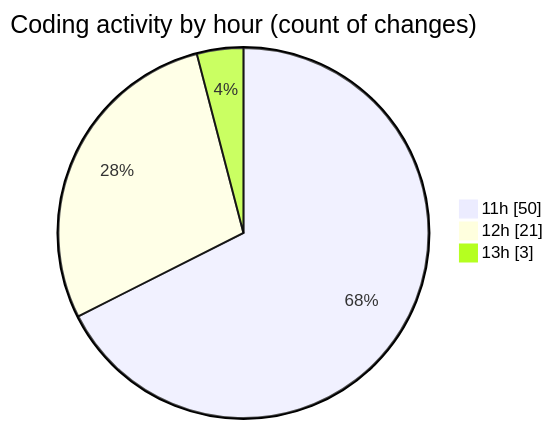
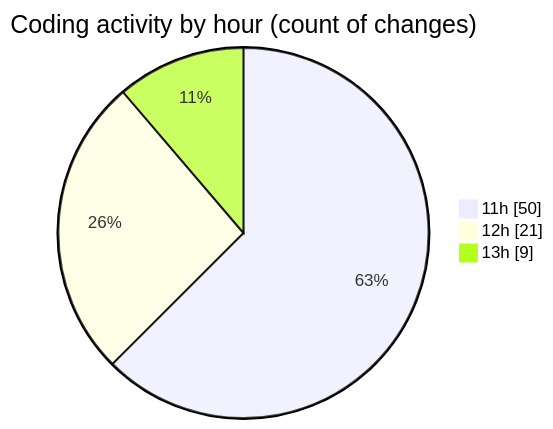
The second of 2 diagrams in 2026-02-06/singularitybrainai/README.md (tmsrecording-cyber/code-tracking), drawn with Mermaid before and after one commit. The commit also changed other lines of this file and 1 other file, not shown here.

````diff
--- a/2026-02-06/singularitybrainai/README.md
+++ b/2026-02-06/singularitybrainai/README.md
@@ -36,7 +36,7 @@
 ```mermaid
 pie showData
 title Coding activity by hour (count of changes)
 "11h" : 50
 "12h" : 21
-"13h" : 3
+"13h" : 9
 ```
````
